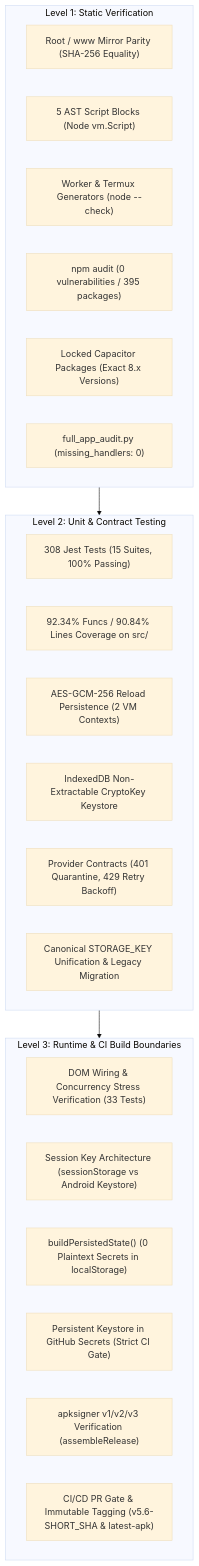
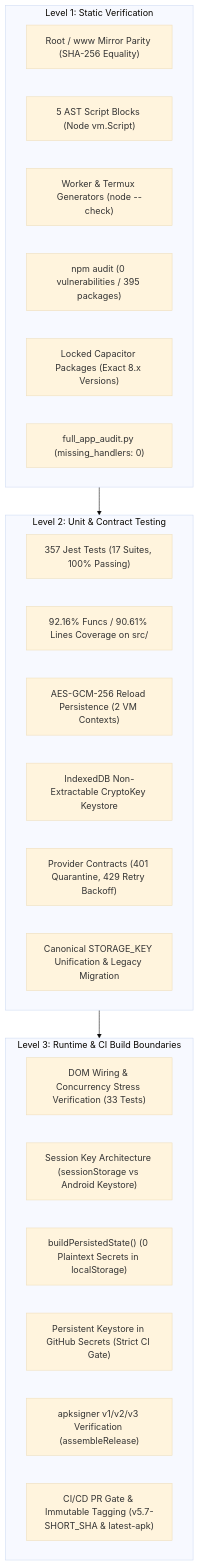
Before and after one commit to dicardotr46-max/EG-Nexus-OS: the first of 2 diagrams in AUDIT_REPORT.md, drawn with Mermaid (base theme). The commit also changed other lines of this file and 29 other files, not shown here.

````diff
--- a/AUDIT_REPORT.md
+++ b/AUDIT_REPORT.md
@@ -21,32 +21,32 @@
 ```mermaid
 flowchart TD
     subgraph LEVEL_1["Level 1: Static Verification"]
         PARITY["Root / www Mirror Parity (SHA-256 Equality)"]
         AST["5 AST Script Blocks (Node vm.Script)"]
         TMPL["Worker & Termux Generators (node --check)"]
         NPM["npm audit (0 vulnerabilities / 395 packages)"]
         PINS["Locked Capacitor Packages (Exact 8.x Versions)"]
         PARSER["full_app_audit.py (missing_handlers: 0)"]
     end
 
     subgraph LEVEL_2["Level 2: Unit & Contract Testing"]
-        JEST["308 Jest Tests (15 Suites, 100% Passing)"]
-        COV["92.34% Funcs / 90.84% Lines Coverage on src/"]
+        JEST["357 Jest Tests (17 Suites, 100% Passing)"]
+        COV["92.16% Funcs / 90.61% Lines Coverage on src/"]
         RELOAD["AES-GCM-256 Reload Persistence (2 VM Contexts)"]
         IDB_KEY["IndexedDB Non-Extractable CryptoKey Keystore"]
         PROVIDER["Provider Contracts (401 Quarantine, 429 Retry Backoff)"]
         STORAGE_UNIF["Canonical STORAGE_KEY Unification & Legacy Migration"]
     end
 
     subgraph LEVEL_3["Level 3: Runtime & CI Build Boundaries"]
         DOM_WIRING["DOM Wiring & Concurrency Stress Verification (33 Tests)"]
         SESSION["Session Key Architecture (sessionStorage vs Android Keystore)"]
         STRIP["buildPersistedState() (0 Plaintext Secrets in localStorage)"]
         SECRETS_GATE["Persistent Keystore in GitHub Secrets (Strict CI Gate)"]
         SIGN["apksigner v1/v2/v3 Verification (assembleRelease)"]
-        GATE["CI/CD PR Gate & Immutable Tagging (v5.6-SHORT_SHA & latest-apk)"]
+        GATE["CI/CD PR Gate & Immutable Tagging (v5.7-SHORT_SHA & latest-apk)"]
     end
 
     LEVEL_1 --> LEVEL_2
     LEVEL_2 --> LEVEL_3
 ```
````
